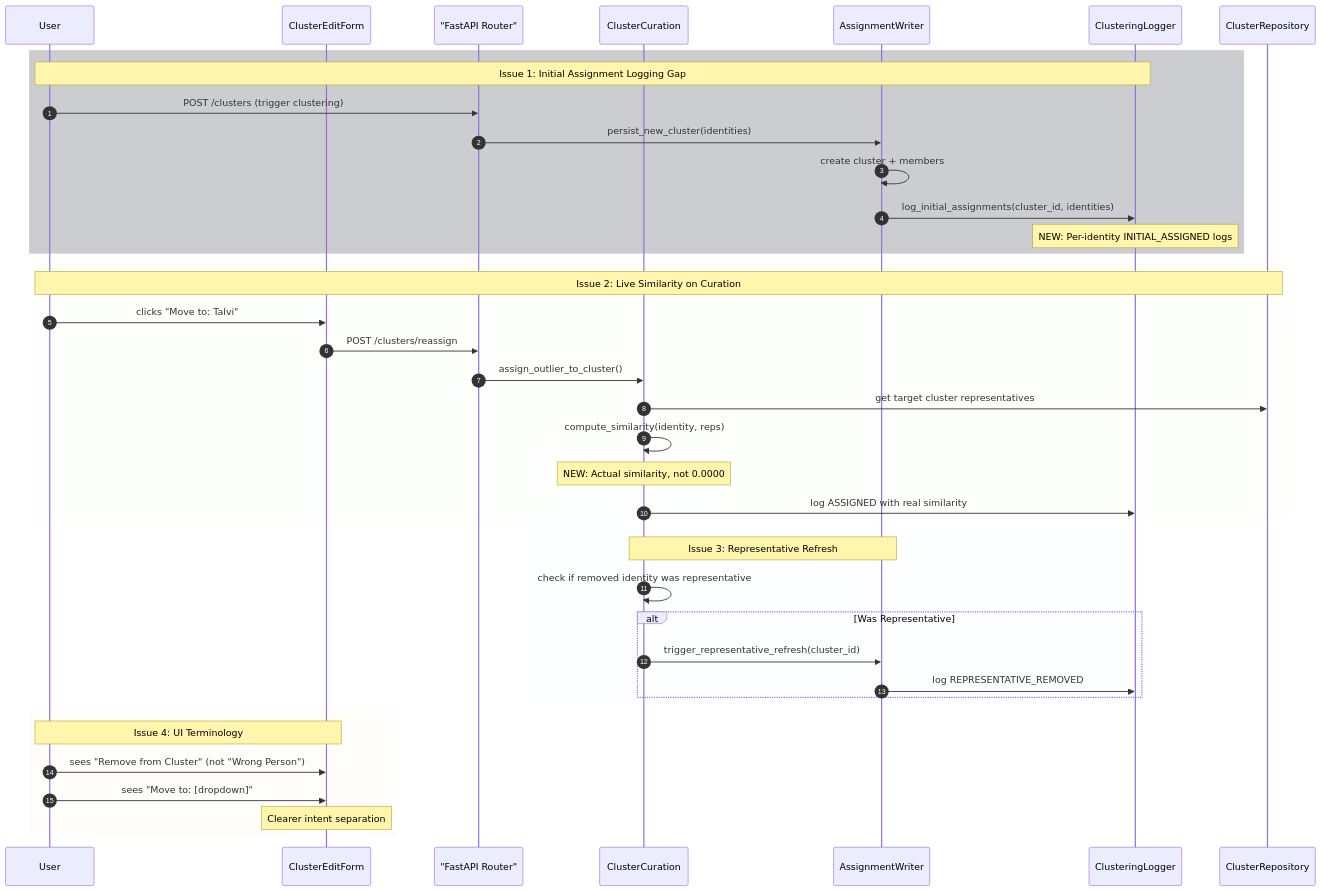
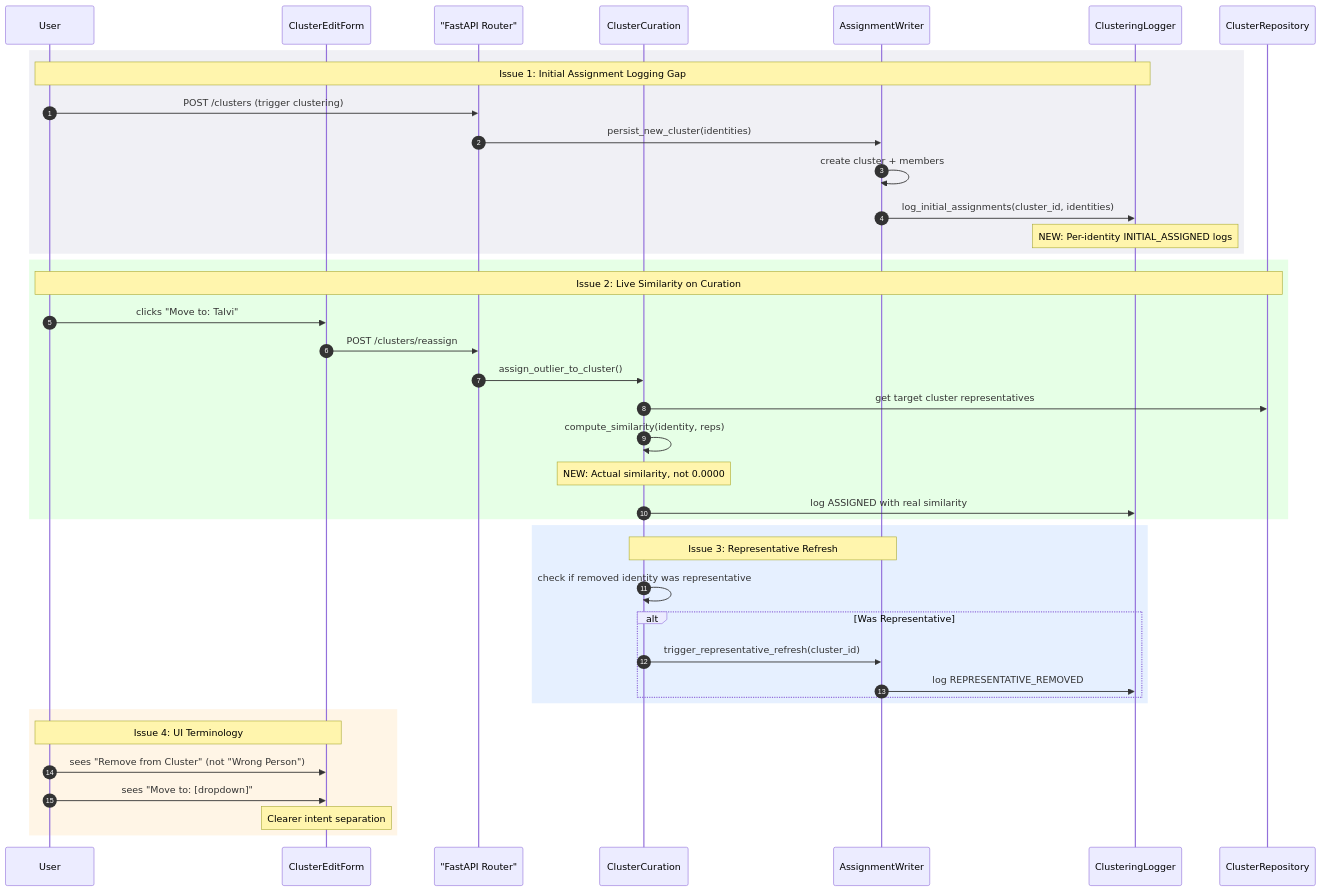
Before and after one commit to darce/context-alt-text-monorepo: the diagram in docs/tasks/4.0/4.10.2/curation-logging-and-recompute-plan.md, drawn with Mermaid. The commit also changed other lines of this file, not shown here.

````diff
--- a/docs/tasks/4.0/4.10.2/curation-logging-and-recompute-plan.md
+++ b/docs/tasks/4.0/4.10.2/curation-logging-and-recompute-plan.md
@@ -16,47 +16,47 @@
 ```mermaid
 sequenceDiagram
     autonumber
     participant User as User
     participant UI as ClusterEditForm
     participant API as "FastAPI Router"
     participant Curation as ClusterCuration
     participant Writer as AssignmentWriter
     participant Logger as ClusteringLogger
     participant Repo as ClusterRepository
 
-    rect rgba(3, 6, 20, 0.2)
+    rect rgb(240, 240, 245)
     Note over User,Logger: Issue 1: Initial Assignment Logging Gap
     User->>API: POST /clusters (trigger clustering)
     API->>Writer: persist_new_cluster(identities)
     Writer->>Writer: create cluster + members
     Writer->>Logger: log_initial_assignments(cluster_id, identities)
     Note over Logger: NEW: Per-identity INITIAL_ASSIGNED logs
     end
 
-    rect rgba(230, 255, 230, 0.14)
+    rect rgb(230, 255, 230)
     Note over User,Repo: Issue 2: Live Similarity on Curation
     User->>UI: clicks "Move to: Talvi"
     UI->>API: POST /clusters/reassign
     API->>Curation: assign_outlier_to_cluster()
     Curation->>Repo: get target cluster representatives
     Curation->>Curation: compute_similarity(identity, reps)
     Note over Curation: NEW: Actual similarity, not 0.0000
     Curation->>Logger: log ASSIGNED with real similarity
     end
 
-    rect rgba(230, 240, 255, 0.1)
+    rect rgb(230, 240, 255)
     Note over Curation,Writer: Issue 3: Representative Refresh
     Curation->>Curation: check if removed identity was representative
     alt Was Representative
         Curation->>Writer: trigger_representative_refresh(cluster_id)
         Writer->>Logger: log REPRESENTATIVE_REMOVED
     end
     end
 
-    rect rgba(255, 245, 230, 0.21)
+    rect rgb(255, 245, 230)
     Note over User,UI: Issue 4: UI Terminology
     User->>UI: sees "Remove from Cluster" (not "Wrong Person")
     User->>UI: sees "Move to: [dropdown]"
     Note over UI: Clearer intent separation
     end
 ```
````
